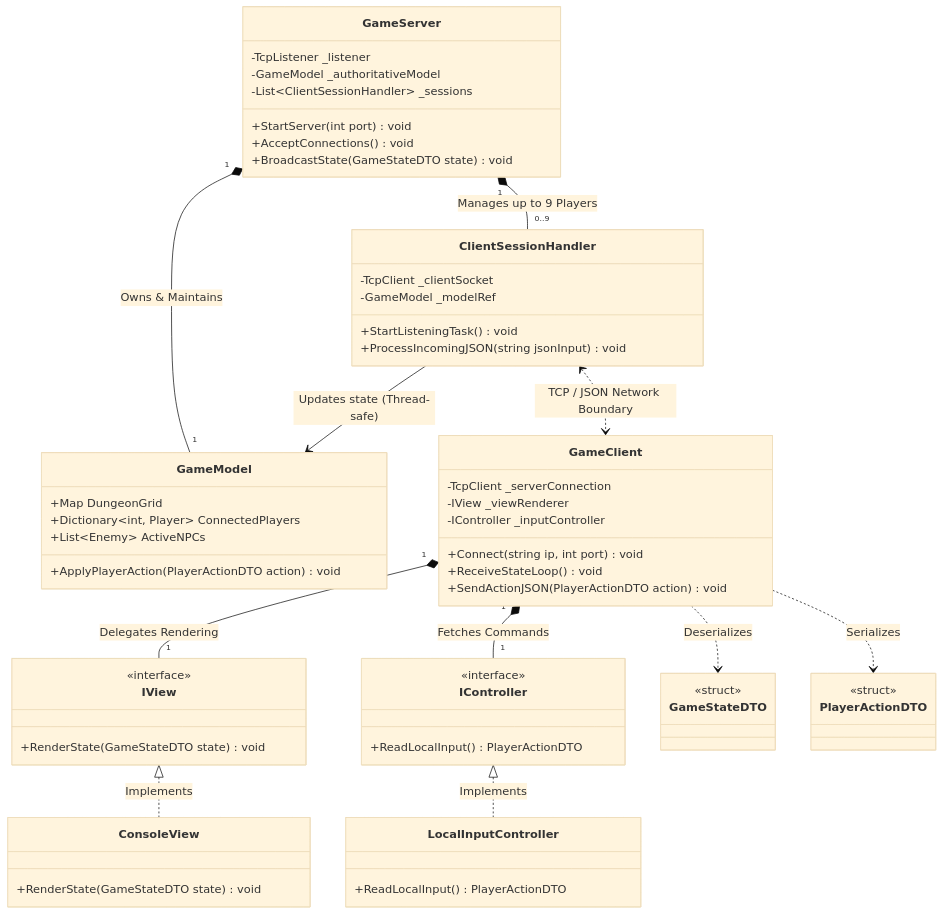
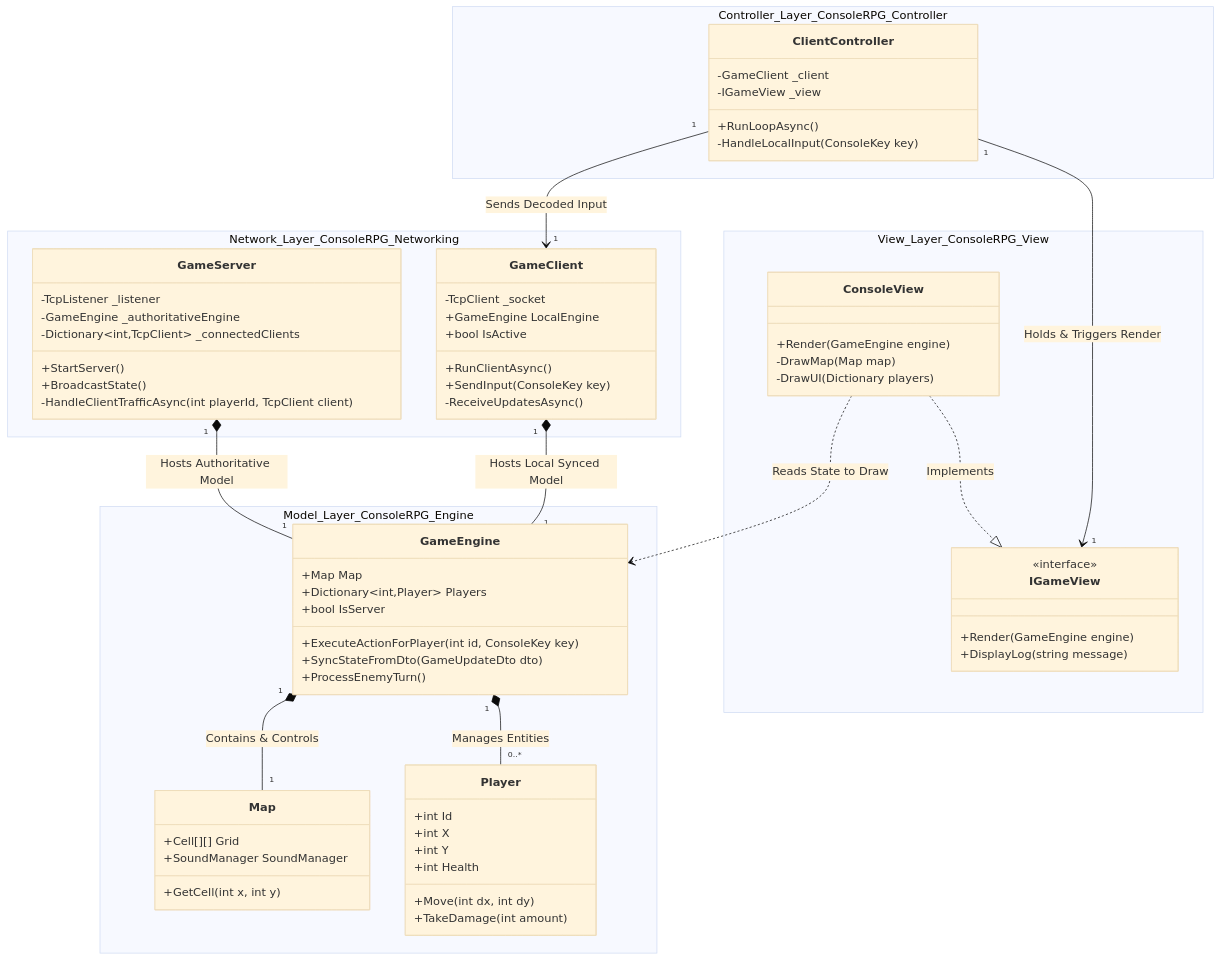
One commit to anniigr/ConsoleRPG-Game--PO changed the fifth of 5 diagrams in Readme.md. Above: the diagram before and after it, drawn with Mermaid (base theme). The commit also changed other lines of this file, not shown here.

````diff
--- a/Readme.md
+++ b/Readme.md
@@ -597,87 +534,93 @@
 ```mermaid
 classDiagram
-    direction TB
-
-    %% --- MVC: MODEL (AUTHORITATIVE SOURCE OF TRUTH) ---
-    class GameModel {
-        +Map DungeonGrid
-        +Dictionary~int, Player~ ConnectedPlayers
-        +List~Enemy~ ActiveNPCs
-        +ApplyPlayerAction(PlayerActionDTO action) void
-        %% Completely decoupled from Console (Console.WriteLine forbidden)
+    %% ==========================================
+    %% MODEL LAYER (ConsoleRPG.Engine)
+    %% ==========================================
+    namespace Model_Layer_ConsoleRPG_Engine {
+        class GameEngine {
+            +Map Map
+            +Dictionary~int,Player~ Players
+            +bool IsServer
+            +ExecuteActionForPlayer(int id, ConsoleKey key)
+            +SyncStateFromDto(GameUpdateDto dto)
+            +ProcessEnemyTurn()
+        }
+        class Map {
+            +Cell[][] Grid
+            +SoundManager SoundManager
+            +GetCell(int x, int y)
+        }
+        class Player {
+            +int Id
+            +int X
+            +int Y
+            +int Health
+            +Move(int dx, int dy)
+            +TakeDamage(int amount)
+        }
     }
 
-    %% --- SERVER-SIDE COMPONENTS ---
-    class GameServer {
-        -TcpListener _listener
-        -GameModel _authoritativeModel
-        -List~ClientSessionHandler~ _sessions
-        +StartServer(int port) void
-        +AcceptConnections() void
-        +BroadcastState(GameStateDTO state) void
+    %% ==========================================
+    %% VIEW LAYER (ConsoleRPG.MVC.View)
+    %% ==========================================
+    namespace View_Layer_ConsoleRPG_View {
+        class IGameView {
+            <<interface>>
+            +Render(GameEngine engine)
+            +DisplayLog(string message)
+        }
+        class ConsoleView {
+            +Render(GameEngine engine)
+            -DrawMap(Map map)
+            -DrawUI(Dictionary players)
+        }
     }
 
-    class ClientSessionHandler {
-        -TcpClient _clientSocket
-        -GameModel _modelRef
-        +StartListeningTask() void
-        +ProcessIncomingJSON(string jsonInput) void
-        %% Runs on independent Thread/Task. Modifies Model using 'lock'.
+    %% ==========================================
+    %% CONTROLLER LAYER (ConsoleRPG.MVC.Controller)
+    %% ==========================================
+    namespace Controller_Layer_ConsoleRPG_Controller {
+        class ClientController {
+            -GameClient _client
+            -IGameView _view
+            +RunLoopAsync()
+            -HandleLocalInput(ConsoleKey key)
+        }
     }
 
-    %% --- CLIENT-SIDE COMPONENTS ---
-    class GameClient {
-        -TcpClient _serverConnection
-        -IView _viewRenderer
-        -IController _inputController
-        +Connect(string ip, int port) void
-        +ReceiveStateLoop() void
-        +SendActionJSON(PlayerActionDTO action) void
+    %% ==========================================
+    %% NETWORK LAYER (ConsoleRPG.Networking)
+    %% ==========================================
+    namespace Network_Layer_ConsoleRPG_Networking {
+        class GameServer {
+            -TcpListener _listener
+            -GameEngine _authoritativeEngine
+            -Dictionary~int,TcpClient~ _connectedClients
+            +StartServer()
+            +BroadcastState()
+            -HandleClientTrafficAsync(int playerId, TcpClient client)
+        }
+        class GameClient {
+            -TcpClient _socket
+            +GameEngine LocalEngine
+            +bool IsActive
+            +RunClientAsync()
+            +SendInput(ConsoleKey key)
+            -ReceiveUpdatesAsync()
+        }
     }
 
-    %% --- MVC: VIEW & CONTROLLER ---
-    class IView {
-        <<interface>>
-        +RenderState(GameStateDTO state) void
-    }
+    GameEngine "1" *-- "1" Map : Contains & Controls
+    GameEngine "1" *-- "0..*" Player : Manages Entities
 
-    class ConsoleView {
-        +RenderState(GameStateDTO state) void
-        %% Renders Map, Stats, and Logs based purely on JSON DTOs
-    }
+    ConsoleView ..|> IGameView : Implements
+ 
+    ConsoleView ..> GameEngine : Reads State to Draw
 
-    class IController {
-        <<interface>>
-        +ReadLocalInput() PlayerActionDTO
-    }
+    ClientController "1" --> "1" IGameView : Holds & Triggers Render
+    ClientController "1" --> "1" GameClient : Sends Decoded Input
 
-    class LocalInputController {
-        +ReadLocalInput() PlayerActionDTO
-        %% Parses W, A, S, D, E, J
-    }
-
-    %% --- DATA TRANSFER OBJECTS (System.Text.Json) ---
-    class GameStateDTO {
-        <<struct>>
-        %% Serialized Snapshot of the GameModel
-    }
-    class PlayerActionDTO {
-        <<struct>>
-        %% Serialized Command (e.g., Move UP, Drop Item)
-    }
-
-    %% --- RELATIONSHIPS ---
-    GameServer "1" *-- "1" GameModel : Owns & Maintains
-    GameServer "1" *-- "0..9" ClientSessionHandler : Manages up to 9 Players
-    ClientSessionHandler --> GameModel : Updates state (Thread-safe)
+    GameServer "1" *-- "1" GameEngine : Hosts Authoritative Model
     
-    GameClient "1" *-- "1" IView : Delegates Rendering
-    GameClient "1" *-- "1" IController : Fetches Commands
-    IView <|.. ConsoleView : Implements
-    IController <|.. LocalInputController : Implements
-
-    GameClient ..> GameStateDTO : Deserializes
-    GameClient ..> PlayerActionDTO : Serializes
-    
-    ClientSessionHandler <..> GameClient : TCP / JSON Network Boundary
+    GameClient "1" *-- "1" GameEngine : Hosts Local Synced Model
 ```
````
